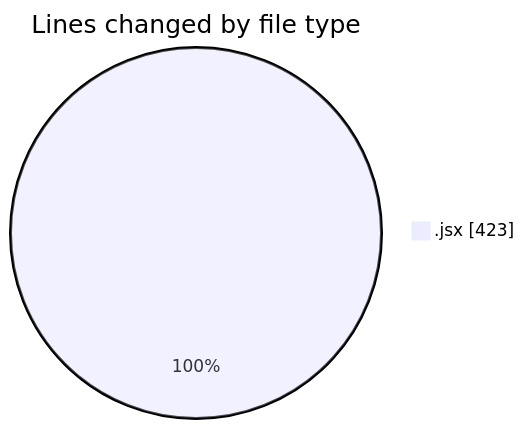
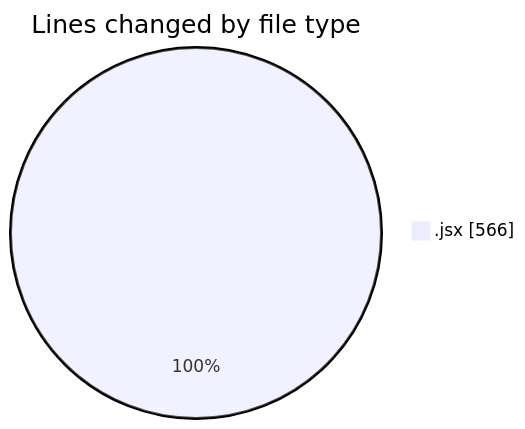
The first of 2 diagrams in 2026-02-10/cda/README.md (momahboobian/code-tracking), drawn with Mermaid before and after one commit. The commit also changed other lines of this file and 1 other file, not shown here.

````diff
--- a/2026-02-10/cda/README.md
+++ b/2026-02-10/cda/README.md
@@ -21,5 +21,5 @@
 ```mermaid
 pie showData
 title Lines changed by file type
-".jsx" : 423
+".jsx" : 566
 ```
````
